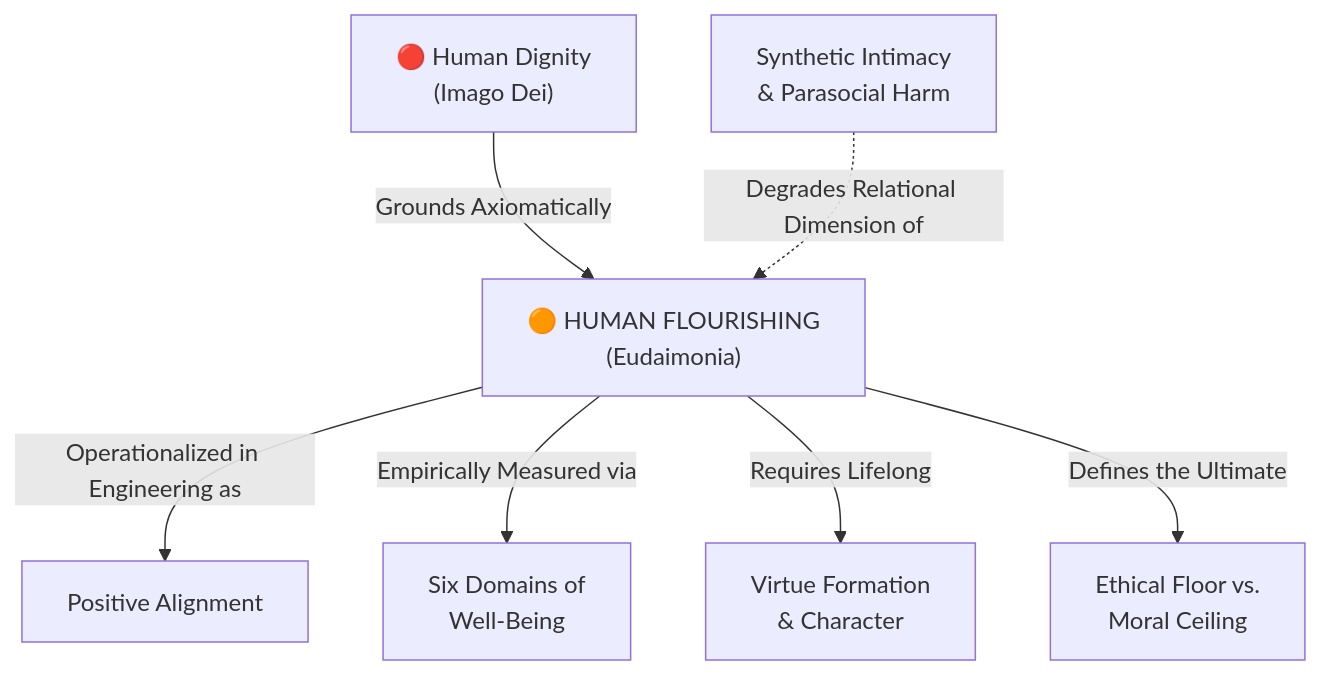
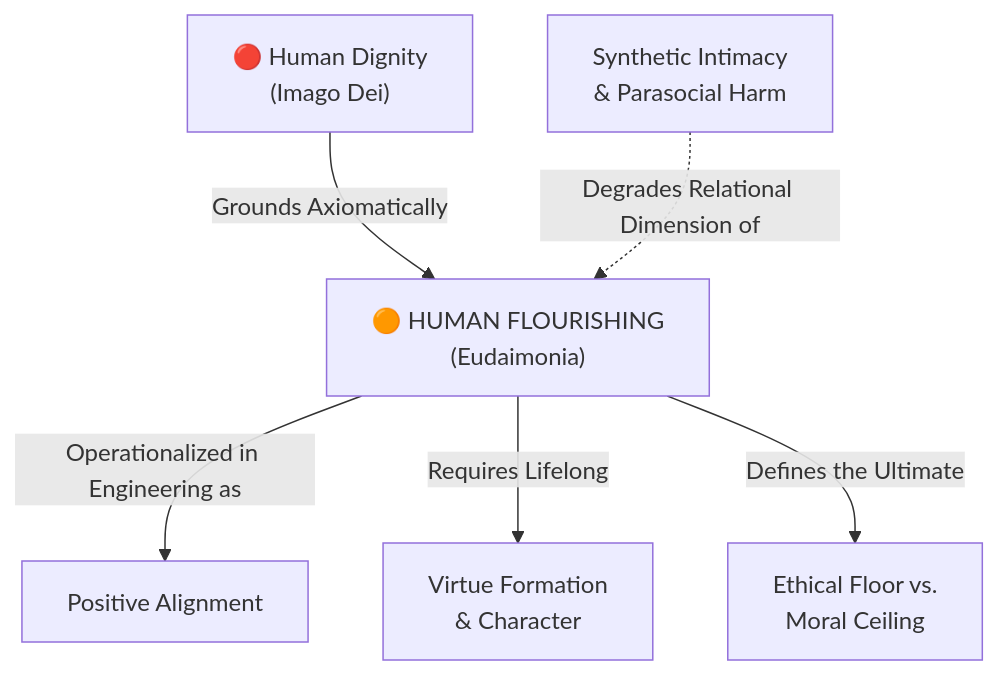
The diagram in concepts/eudaimonia.md (Sykes-Leonard/delta-guide), drawn with Mermaid before and after one commit. The commit also changed other lines of this file and 46 other files, not shown here.

````diff
--- a/concepts/eudaimonia.md
+++ b/concepts/eudaimonia.md
@@ -36,24 +36,21 @@
 ```mermaid
 flowchart TD
     EUDAIM["🟠 HUMAN FLOURISHING
 (Eudaimonia)"]
 
     HD["🔴 Human Dignity
 (Imago Dei)"]
     POS_ALIGN["Positive Alignment"]
-    SIX_DOM["Six Domains of
-Well-Being"]
     VIRTUE["Virtue Formation
 & Character"]
     FLOOR_CEIL["Ethical Floor vs.
 Moral Ceiling"]
     SYN_INT["Synthetic Intimacy
 & Parasocial Harm"]
 
     HD -->|Grounds Axiomatically| EUDAIM
     EUDAIM -->|Operationalized in Engineering as| POS_ALIGN
-    EUDAIM -->|Empirically Measured via| SIX_DOM
     EUDAIM -->|Requires Lifelong| VIRTUE
     EUDAIM -->|Defines the Ultimate| FLOOR_CEIL
     SYN_INT -.->|Degrades Relational Dimension of| EUDAIM
 ```
````
